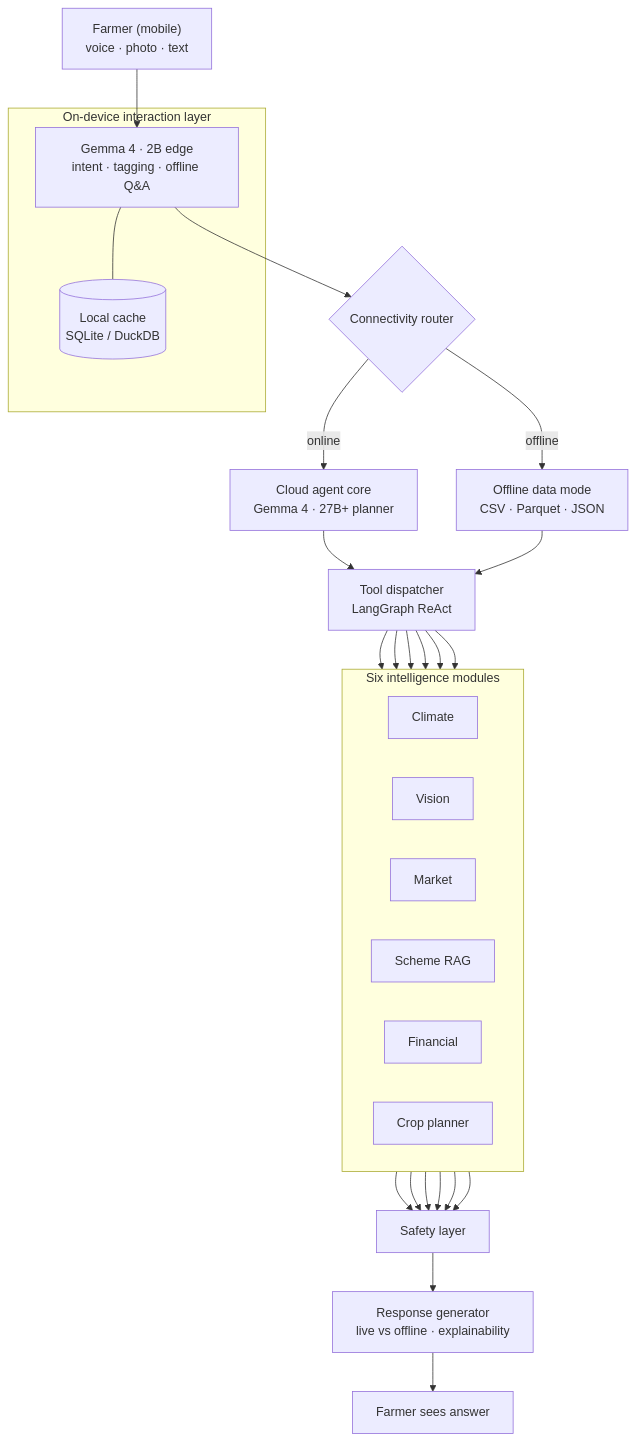
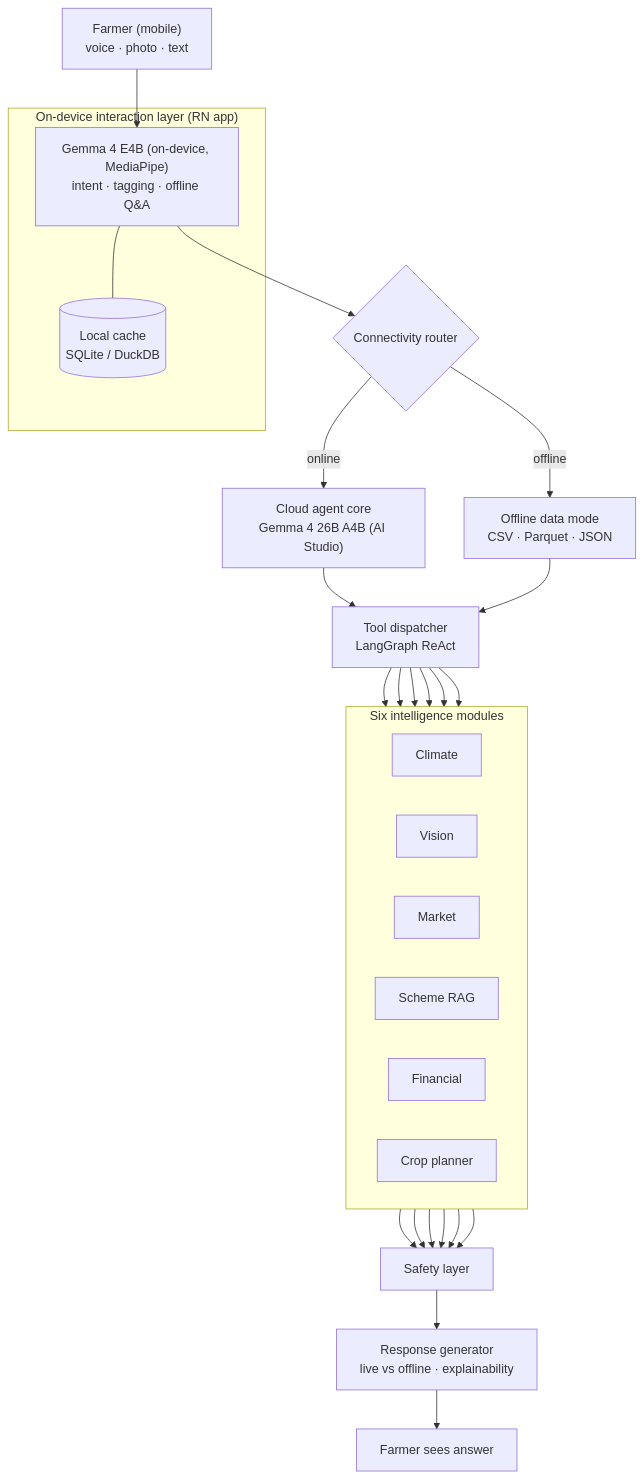
The diagram in ARCHITECTURE.md (Nikesh2290/KrishiSaathi-AI), drawn with Mermaid before and after one commit. The commit also changed other lines of this file and 2 other files, not shown here.

First line of the commit message:
docs: update README, ARCHITECTURE, WRITEUP with Gemma 4 variant ids

````diff
--- a/ARCHITECTURE.md
+++ b/ARCHITECTURE.md
@@ -75,61 +76,61 @@
 ```mermaid
 flowchart TB
   FM["Farmer (mobile)<br/>voice · photo · text"]
 
-  subgraph ondev["On-device interaction layer"]
-    E2B["Gemma 4 · 2B edge<br/>intent · tagging · offline Q&A"]
+  subgraph ondev["On-device interaction layer (RN app)"]
+    E2B["Gemma 4 E4B (on-device, MediaPipe)<br/>intent · tagging · offline Q&A"]
     CACHE[("Local cache<br/>SQLite / DuckDB")]
   end
 
   FM --> E2B
   E2B --- CACHE
 
   ROUTER{"Connectivity router"}
 
   E2B --> ROUTER
 
-  PLAN["Cloud agent core<br/>Gemma 4 · 27B+ planner"]
+  PLAN["Cloud agent core<br/>Gemma 4 26B A4B (AI Studio)"]
   OFF["Offline data mode<br/>CSV · Parquet · JSON"]
 
   ROUTER -->|online| PLAN
   ROUTER -->|offline| OFF
 
   DISPATCH["Tool dispatcher<br/>LangGraph ReAct"]
 
   PLAN --> DISPATCH
   OFF --> DISPATCH
 
   subgraph tools["Six intelligence modules"]
     direction LR
     T1["Climate"]
     T2["Vision"]
     T3["Market"]
     T4["Scheme RAG"]
     T5["Financial"]
     T6["Crop planner"]
   end
 
   DISPATCH --> T1
   DISPATCH --> T2
   DISPATCH --> T3
   DISPATCH --> T4
   DISPATCH --> T5
   DISPATCH --> T6
 
   SAFE["Safety layer"]
 
   T1 --> SAFE
   T2 --> SAFE
   T3 --> SAFE
   T4 --> SAFE
   T5 --> SAFE
   T6 --> SAFE
 
   RESP["Response generator<br/>live vs offline · explainability"]
 
   SAFE --> RESP
 
   OUT["Farmer sees answer"]
 
   RESP --> OUT
 ```
````
